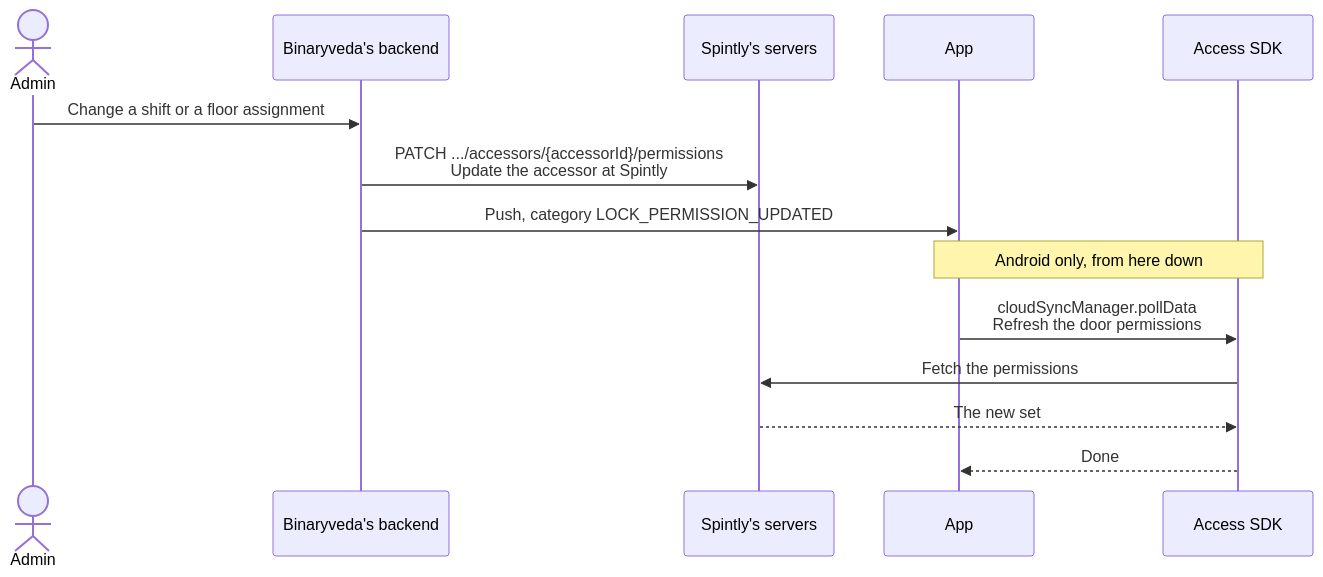
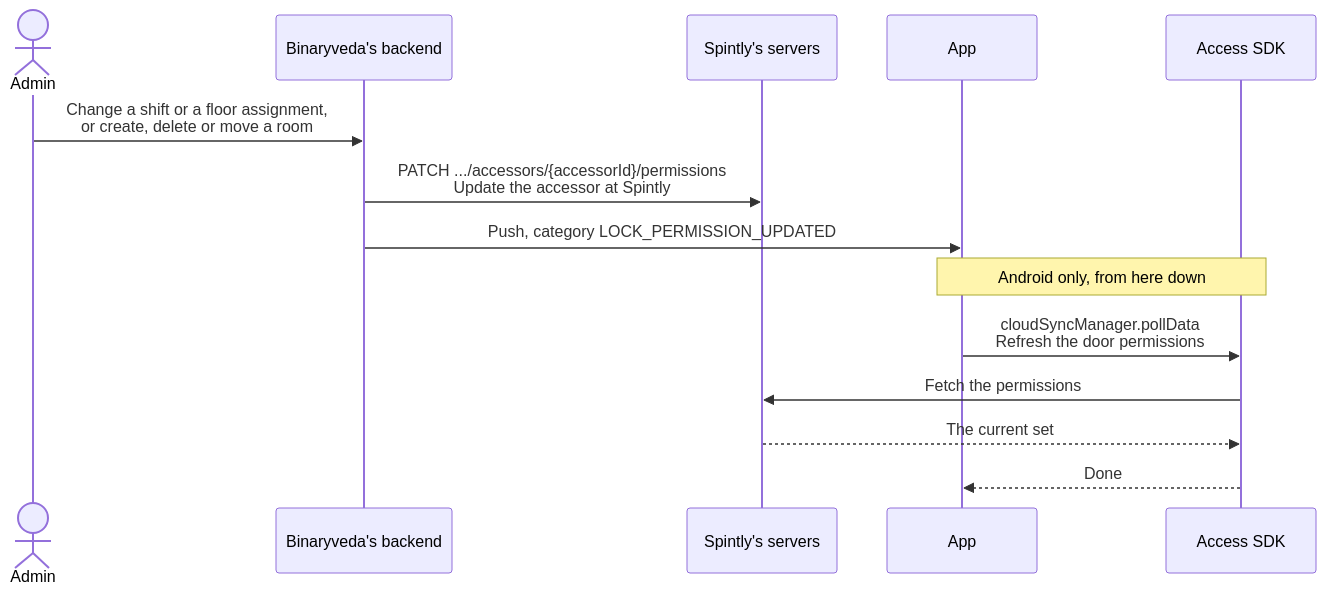
One commit to Yash-Wadatkar-Binaryveda/sdk-docs-site changed the fourth of 6 diagrams in docs/staff/notifications.md. Above: the diagram before and after it, drawn with Mermaid. The commit also changed other lines of this file and 10 other files, not shown here.

````diff
--- a/docs/staff/notifications.md
+++ b/docs/staff/notifications.md
@@ -133,17 +136,17 @@
 ```mermaid
 sequenceDiagram
     actor Ad as Admin
     participant B as Binaryveda's backend
     participant SP as Spintly's servers
     participant A as App
     participant S as Access SDK
 
-    Ad->>B: Change a shift or a floor assignment
+    Ad->>B: Change a shift or a floor assignment,<br/>or create, delete or move a room
     B->>SP: PATCH .../accessors/{accessorId}/permissions<br/>Update the accessor at Spintly
     B->>A: Push, category LOCK_PERMISSION_UPDATED
     Note over A,S: Android only, from here down
     A->>S: cloudSyncManager.pollData<br/>Refresh the door permissions
     S->>SP: Fetch the permissions
-    SP-->>S: The new set
+    SP-->>S: The current set
     S-->>A: Done
 ```
````
